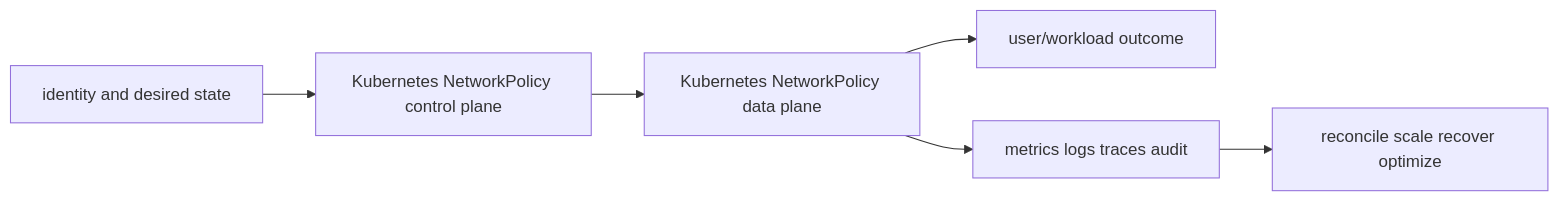
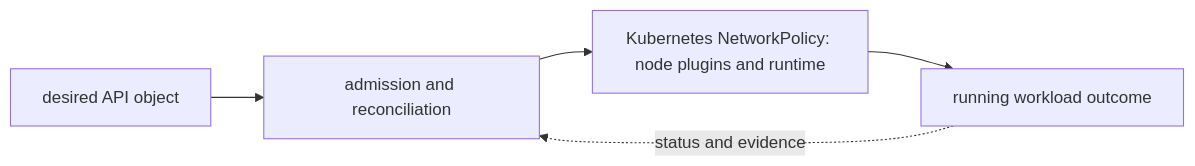
Before and after one commit to tomkidumbuyo/DevOps-interview-preparation: the diagram in 06-kubernetes/03-networking/03-networkpolicy/README.md, drawn with Mermaid. The commit also changed other lines of this file and 753 other files, not shown here.

````diff
--- a/06-kubernetes/03-networking/03-networkpolicy/README.md
+++ b/06-kubernetes/03-networking/03-networkpolicy/README.md
@@ -19,8 +31,7 @@
 ```mermaid
 flowchart LR
-  I[identity and desired state] --> C[Kubernetes NetworkPolicy control plane]
-  C --> D[Kubernetes NetworkPolicy data plane]
-  D --> U[user/workload outcome]
-  D --> O[metrics logs traces audit]
-  O --> R[reconcile scale recover optimize]
+  A["desired API object"] --> B["admission and reconciliation"]
+  B --> C["Kubernetes NetworkPolicy: node plugins and runtime"]
+  C --> D["running workload outcome"]
+  D -. "status and evidence" .-> B
 ```
````
